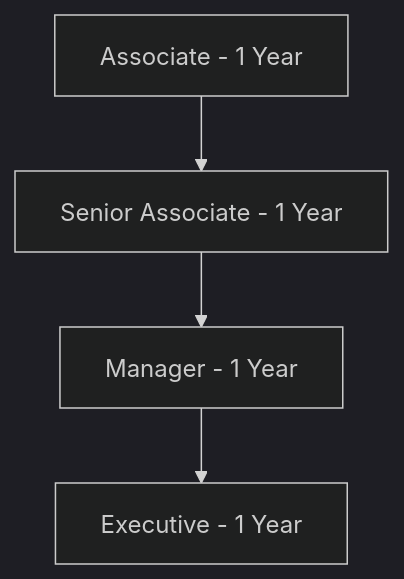
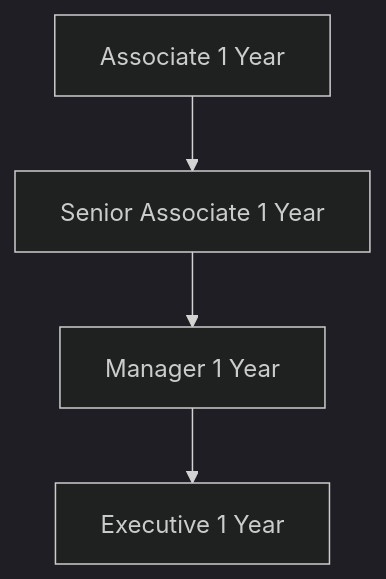
Diagram 18 of 18 in RIAH-PATHWAY-EXPERIENTIAL-STRUCTURE/EXPERIENTIAL-STRUCTURE.md (RIAHPathway/Website-Draft), drawn with Mermaid (dark theme) before and after one commit. The commit also changed other lines of this file, not shown here.

Commit message:
Simplify experiential Mermaid diagrams for GitHub rendering

````diff
--- a/RIAH-PATHWAY-EXPERIENTIAL-STRUCTURE/EXPERIENTIAL-STRUCTURE.md
+++ b/RIAH-PATHWAY-EXPERIENTIAL-STRUCTURE/EXPERIENTIAL-STRUCTURE.md
@@ -1112,6 +1113,6 @@
 ```mermaid
-flowchart TD
-    A["Associate - 1 Year"] --> B["Senior Associate - 1 Year"]
-    B --> C["Manager - 1 Year"]
-    C --> D["Executive - 1 Year"]
+graph TD
+    A[Associate 1 Year] --> B[Senior Associate 1 Year]
+    B --> C[Manager 1 Year]
+    C --> D[Executive 1 Year]
 ```
````
